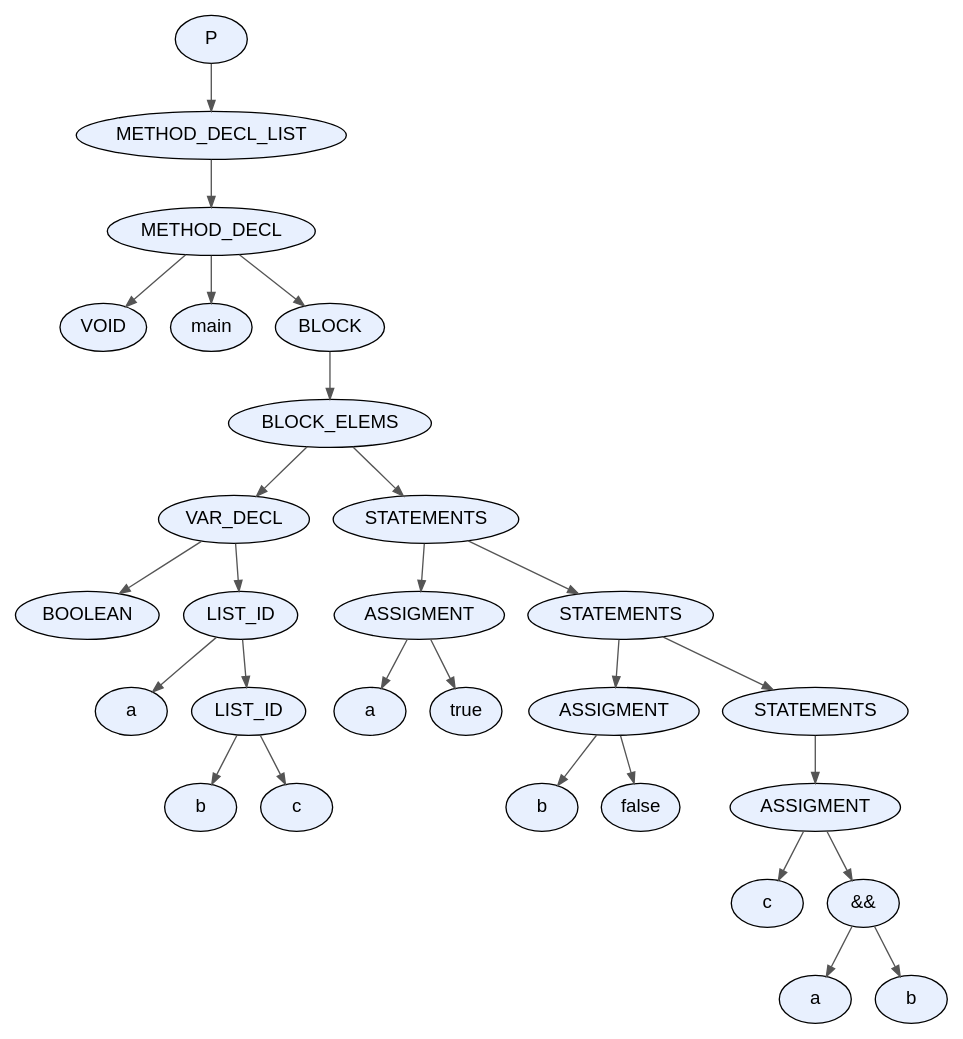
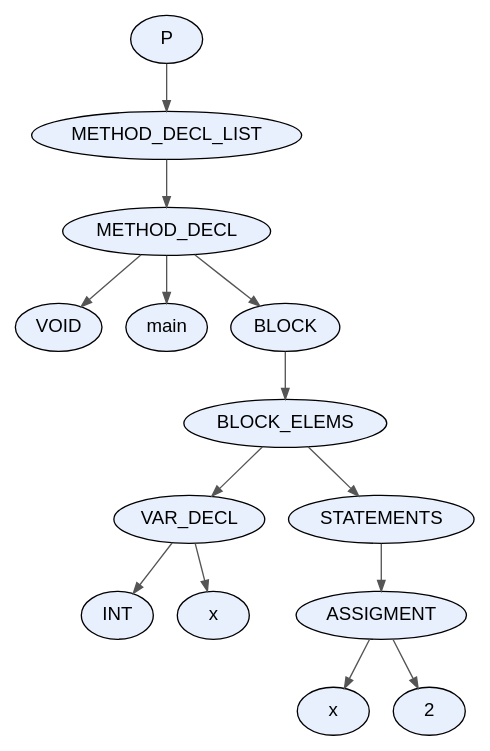
The diagram in proyecto/dot_files/test4.dot (facundo-dario-loser/TDS2026), drawn with Graphviz before and after one commit. The commit also changed 64 other files, not shown here.

```diff
--- a/proyecto/dot_files/test4.dot
+++ b/proyecto/dot_files/test4.dot
@@ -1,59 +1,31 @@
 digraph AST {
   node [fontname="Arial"];
   edge [arrowsize=0.8, color="#555555"];
-  "node_0x6068436383d0" [label="P", style=filled, fillcolor="#E8F0FE", shape=ellipse, style="rounded,filled"];
-  "node_0x6068436383d0" -> "node_0x606843638380";
-  "node_0x606843638380" [label="METHOD_DECL_LIST", style=filled, fillcolor="#E8F0FE", shape=ellipse, style="rounded,filled"];
-  "node_0x606843638380" -> "node_0x606843638330";
-  "node_0x606843638330" [label="METHOD_DECL", style=filled, fillcolor="#E8F0FE", shape=ellipse, style="rounded,filled"];
-  "node_0x606843638330" -> "node_0x606843638270";
-  "node_0x606843638270" [label="VOID", style=filled, fillcolor="#E8F0FE", shape=ellipse, style="rounded,filled"];
-  "node_0x606843638330" -> "node_0x6068436382c0";
-  "node_0x6068436382c0" [label="main", style=filled, fillcolor="#E8F0FE", shape=ellipse, style="rounded,filled"];
-  "node_0x606843638330" -> "node_0x606843638220";
-  "node_0x606843638220" [label="BLOCK", style=filled, fillcolor="#E8F0FE", shape=ellipse, style="rounded,filled"];
-  "node_0x606843638220" -> "node_0x6068436381d0";
-  "node_0x6068436381d0" [label="BLOCK_ELEMS", style=filled, fillcolor="#E8F0FE", shape=ellipse, style="rounded,filled"];
-  "node_0x6068436381d0" -> "node_0x606843637be0";
-  "node_0x606843637be0" [label="VAR_DECL", style=filled, fillcolor="#E8F0FE", shape=ellipse, style="rounded,filled"];
-  "node_0x606843637be0" -> "node_0x606843637940";
-  "node_0x606843637940" [label="BOOLEAN", style=filled, fillcolor="#E8F0FE", shape=ellipse, style="rounded,filled"];
-  "node_0x606843637be0" -> "node_0x606843637b90";
-  "node_0x606843637b90" [label="LIST_ID", style=filled, fillcolor="#E8F0FE", shape=ellipse, style="rounded,filled"];
-  "node_0x606843637b90" -> "node_0x606843637b20";
-  "node_0x606843637b20" [label="a", style=filled, fillcolor="#E8F0FE", shape=ellipse, style="rounded,filled"];
-  "node_0x606843637b90" -> "node_0x606843637ad0";
-  "node_0x606843637ad0" [label="LIST_ID", style=filled, fillcolor="#E8F0FE", shape=ellipse, style="rounded,filled"];
-  "node_0x606843637ad0" -> "node_0x606843637a60";
-  "node_0x606843637a60" [label="b", style=filled, fillcolor="#E8F0FE", shape=ellipse, style="rounded,filled"];
-  "node_0x606843637ad0" -> "node_0x6068436379f0";
-  "node_0x6068436379f0" [label="c", style=filled, fillcolor="#E8F0FE", shape=ellipse, style="rounded,filled"];
-  "node_0x6068436381d0" -> "node_0x606843638180";
-  "node_0x606843638180" [label="STATEMENTS", style=filled, fillcolor="#E8F0FE", shape=ellipse, style="rounded,filled"];
-  "node_0x606843638180" -> "node_0x606843637d10";
-  "node_0x606843637d10" [label="ASSIGMENT", style=filled, fillcolor="#E8F0FE", shape=ellipse, style="rounded,filled"];
-  "node_0x606843637d10" -> "node_0x606843637ca0";
-  "node_0x606843637ca0" [label="a", style=filled, fillcolor="#E8F0FE", shape=ellipse, style="rounded,filled"];
-  "node_0x606843637d10" -> "node_0x606843637c50";
-  "node_0x606843637c50" [label="true", style=filled, fillcolor="#E8F0FE", shape=ellipse, style="rounded,filled"];
-  "node_0x606843638180" -> "node_0x606843638130";
-  "node_0x606843638130" [label="STATEMENTS", style=filled, fillcolor="#E8F0FE", shape=ellipse, style="rounded,filled"];
-  "node_0x606843638130" -> "node_0x606843637e40";
-  "node_0x606843637e40" [label="ASSIGMENT", style=filled, fillcolor="#E8F0FE", shape=ellipse, style="rounded,filled"];
-  "node_0x606843637e40" -> "node_0x606843637dd0";
-  "node_0x606843637dd0" [label="b", style=filled, fillcolor="#E8F0FE", shape=ellipse, style="rounded,filled"];
-  "node_0x606843637e40" -> "node_0x606843637d80";
-  "node_0x606843637d80" [label="false", style=filled, fillcolor="#E8F0FE", shape=ellipse, style="rounded,filled"];
-  "node_0x606843638130" -> "node_0x6068436380e0";
-  "node_0x6068436380e0" [label="STATEMENTS", style=filled, fillcolor="#E8F0FE", shape=ellipse, style="rounded,filled"];
-  "node_0x6068436380e0" -> "node_0x606843638090";
-  "node_0x606843638090" [label="ASSIGMENT", style=filled, fillcolor="#E8F0FE", shape=ellipse, style="rounded,filled"];
-  "node_0x606843638090" -> "node_0x606843638020";
-  "node_0x606843638020" [label="c", style=filled, fillcolor="#E8F0FE", shape=ellipse, style="rounded,filled"];
-  "node_0x606843638090" -> "node_0x606843637fd0";
-  "node_0x606843637fd0" [label="&&", style=filled, fillcolor="#E8F0FE", shape=ellipse, style="rounded,filled"];
-  "node_0x606843637fd0" -> "node_0x606843637ed0";
-  "node_0x606843637ed0" [label="a", style=filled, fillcolor="#E8F0FE", shape=ellipse, style="rounded,filled"];
-  "node_0x606843637fd0" -> "node_0x606843637f60";
-  "node_0x606843637f60" [label="b", style=filled, fillcolor="#E8F0FE", shape=ellipse, style="rounded,filled"];
+  "node_0x6173e025dbe0" [label="P", style=filled, fillcolor="#E8F0FE", shape=ellipse, style="rounded,filled"];
+  "node_0x6173e025dbe0" -> "node_0x6173e025db90";
+  "node_0x6173e025db90" [label="METHOD_DECL_LIST", style=filled, fillcolor="#E8F0FE", shape=ellipse, style="rounded,filled"];
+  "node_0x6173e025db90" -> "node_0x6173e025db40";
+  "node_0x6173e025db40" [label="METHOD_DECL", style=filled, fillcolor="#E8F0FE", shape=ellipse, style="rounded,filled"];
+  "node_0x6173e025db40" -> "node_0x6173e025da80";
+  "node_0x6173e025da80" [label="VOID", style=filled, fillcolor="#E8F0FE", shape=ellipse, style="rounded,filled"];
+  "node_0x6173e025db40" -> "node_0x6173e025dad0";
+  "node_0x6173e025dad0" [label="main", style=filled, fillcolor="#E8F0FE", shape=ellipse, style="rounded,filled"];
+  "node_0x6173e025db40" -> "node_0x6173e025da30";
+  "node_0x6173e025da30" [label="BLOCK", style=filled, fillcolor="#E8F0FE", shape=ellipse, style="rounded,filled"];
+  "node_0x6173e025da30" -> "node_0x6173e025d9e0";
+  "node_0x6173e025d9e0" [label="BLOCK_ELEMS", style=filled, fillcolor="#E8F0FE", shape=ellipse, style="rounded,filled"];
+  "node_0x6173e025d9e0" -> "node_0x6173e025d630";
+  "node_0x6173e025d630" [label="VAR_DECL", style=filled, fillcolor="#E8F0FE", shape=ellipse, style="rounded,filled"];
+  "node_0x6173e025d630" -> "node_0x6173e025d550";
+  "node_0x6173e025d550" [label="INT", style=filled, fillcolor="#E8F0FE", shape=ellipse, style="rounded,filled"];
+  "node_0x6173e025d630" -> "node_0x6173e025d5c0";
+  "node_0x6173e025d5c0" [label="x", style=filled, fillcolor="#E8F0FE", shape=ellipse, style="rounded,filled"];
+  "node_0x6173e025d9e0" -> "node_0x6173e025d990";
+  "node_0x6173e025d990" [label="STATEMENTS", style=filled, fillcolor="#E8F0FE", shape=ellipse, style="rounded,filled"];
+  "node_0x6173e025d990" -> "node_0x6173e025d940";
+  "node_0x6173e025d940" [label="ASSIGMENT", style=filled, fillcolor="#E8F0FE", shape=ellipse, style="rounded,filled"];
+  "node_0x6173e025d940" -> "node_0x6173e025d8d0";
+  "node_0x6173e025d8d0" [label="x", style=filled, fillcolor="#E8F0FE", shape=ellipse, style="rounded,filled"];
+  "node_0x6173e025d940" -> "node_0x6173e025d740";
+  "node_0x6173e025d740" [label="2", style=filled, fillcolor="#E8F0FE", shape=ellipse, style="rounded,filled"];
 }
```
